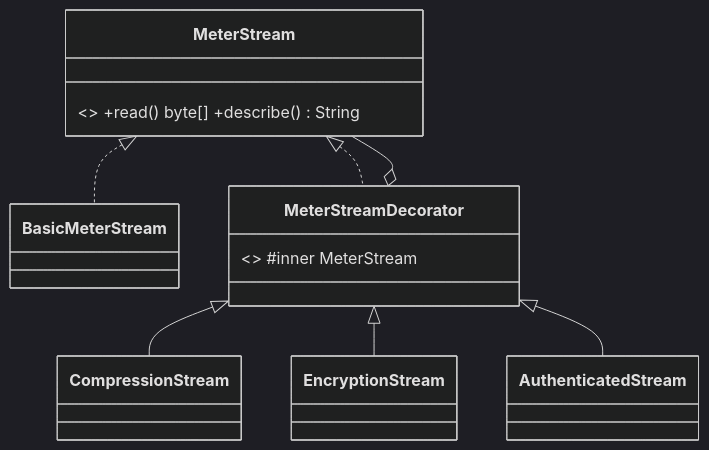
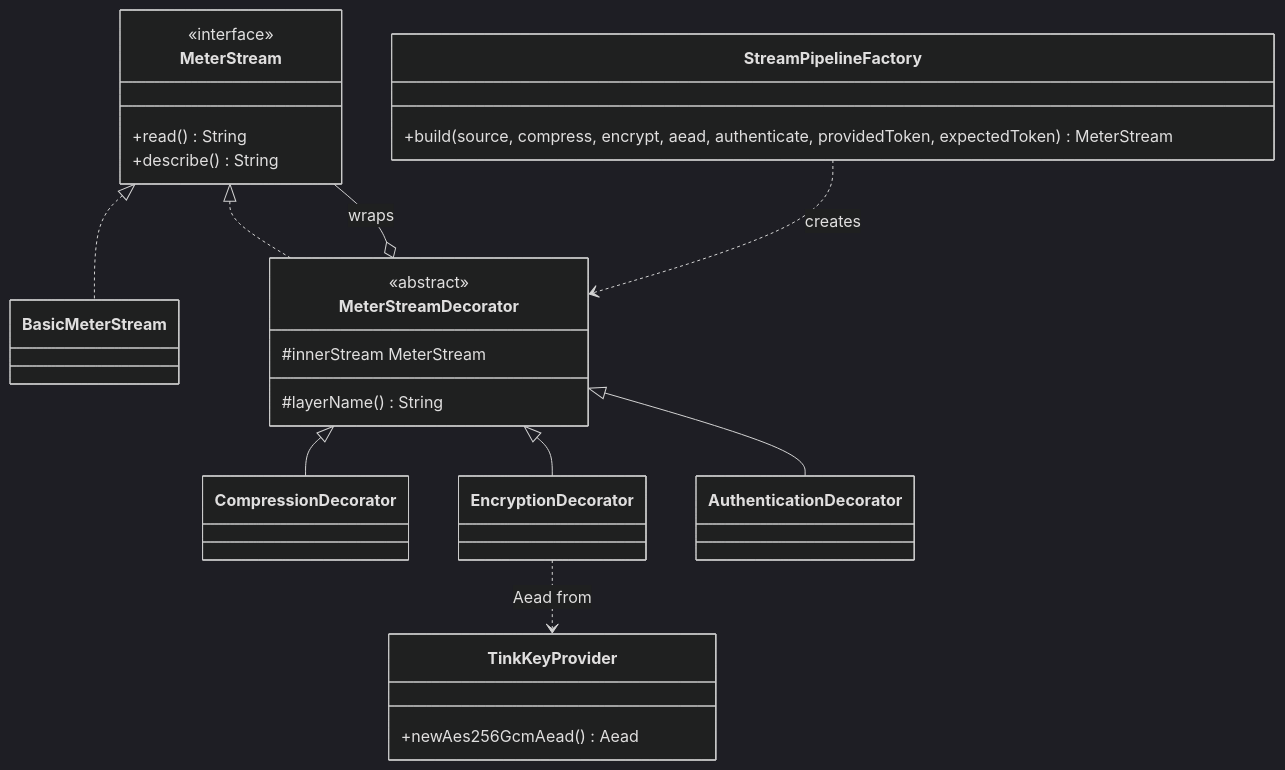
The first of 5 diagrams in README.md (MenaraPereraa/SmartCity), drawn with Mermaid (dark theme) before and after one commit. The commit also changed other lines of this file, not shown here.

````diff
--- a/README.md
+++ b/README.md
@@ -104,15 +103,31 @@
 ```mermaid
 classDiagram
-    class MeterStream { <<interface>> +read() byte[] +describe() String }
+    class MeterStream {
+        <<interface>>
+        +read() String
+        +describe() String
+    }
     class BasicMeterStream
-    class MeterStreamDecorator { <<abstract>> #inner MeterStream }
-    class CompressionStream
-    class EncryptionStream
-    class AuthenticatedStream
+    class MeterStreamDecorator {
+        <<abstract>>
+        #innerStream MeterStream
+        #layerName() String
+    }
+    class CompressionDecorator
+    class EncryptionDecorator
+    class AuthenticationDecorator
+    class StreamPipelineFactory {
+        +build(source, compress, encrypt, aead, authenticate, providedToken, expectedToken) MeterStream
+    }
+    class TinkKeyProvider {
+        +newAes256GcmAead() Aead
+    }
     MeterStream <|.. BasicMeterStream
     MeterStream <|.. MeterStreamDecorator
-    MeterStreamDecorator o-- MeterStream
-    MeterStreamDecorator <|-- CompressionStream
-    MeterStreamDecorator <|-- EncryptionStream
-    MeterStreamDecorator <|-- AuthenticatedStream
+    MeterStreamDecorator o-- MeterStream : wraps
+    MeterStreamDecorator <|-- CompressionDecorator
+    MeterStreamDecorator <|-- EncryptionDecorator
+    MeterStreamDecorator <|-- AuthenticationDecorator
+    StreamPipelineFactory ..> MeterStreamDecorator : creates
+    EncryptionDecorator ..> TinkKeyProvider : Aead from
 ```
````
